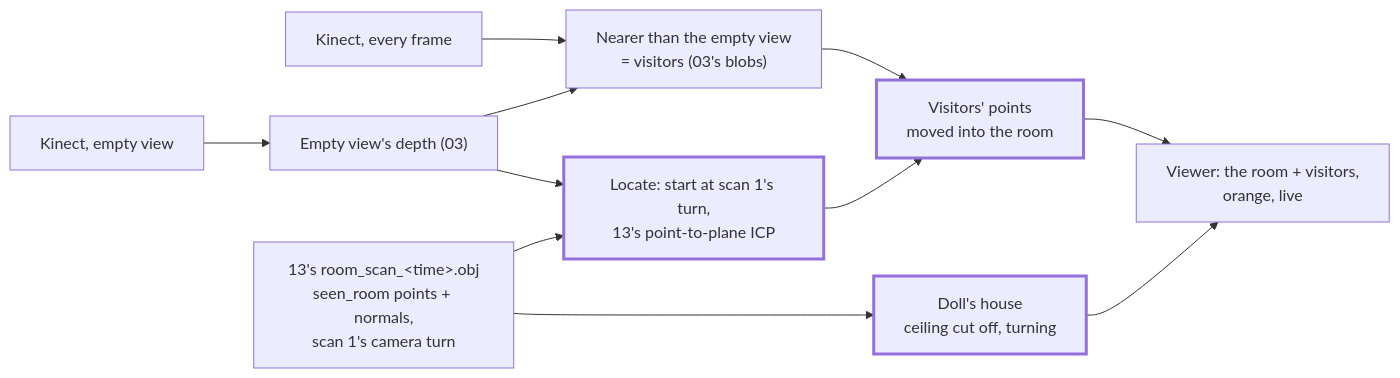
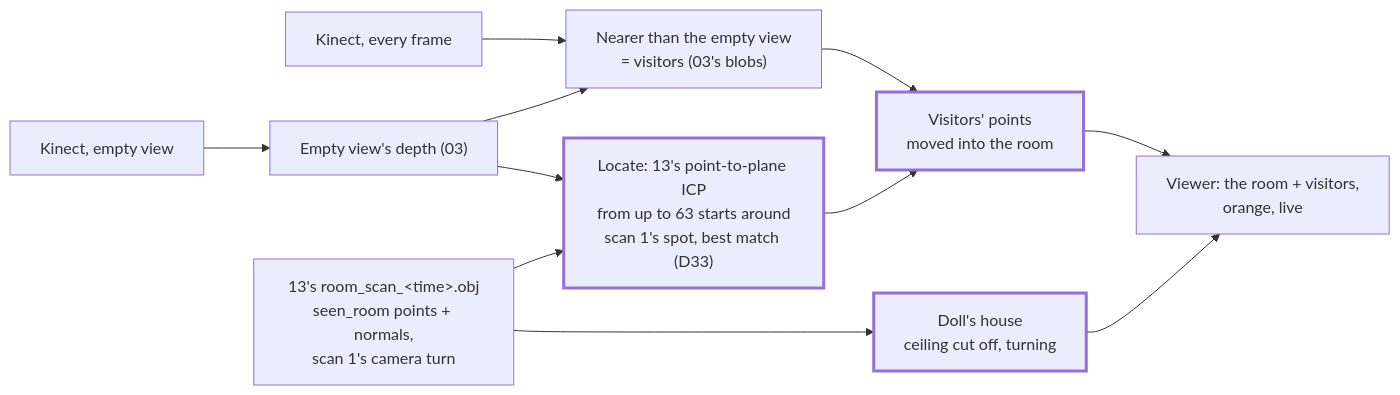
Before and after one commit to Kramav/Spotter: diagram 30 of 31 in exercises/cpp/EXAMPLES.md, drawn with Mermaid. The commit also changed other lines of this file and 7 other files, not shown here.

````diff
--- a/exercises/cpp/EXAMPLES.md
+++ b/exercises/cpp/EXAMPLES.md
@@ -697,16 +697,16 @@
 ```mermaid
 flowchart LR
     OBJ["13's room_scan_&lt;time&gt;.obj<br/>seen_room points + normals,<br/>scan 1's camera turn"] --> DH["Doll's house<br/>ceiling cut off, turning"]
     K["Kinect, empty view"] --> BG["Empty view's depth (03)"]
-    BG --> LOC["Locate: start at scan 1's turn,<br/>13's point-to-plane ICP"]
+    BG --> LOC["Locate: 13's point-to-plane ICP<br/>from up to 63 starts around<br/>scan 1's spot, best match (D33)"]
     OBJ --> LOC
     K2["Kinect, every frame"] --> FG["Nearer than the empty view<br/>= visitors (03's blobs)"]
     BG --> FG
     FG --> MOVE["Visitors' points<br/>moved into the room"]
     LOC --> MOVE
     MOVE --> V["Viewer: the room + visitors,<br/>orange, live"]
     DH --> V
 
     classDef new stroke-width:3px
     class DH,LOC,MOVE new
 ```
````
